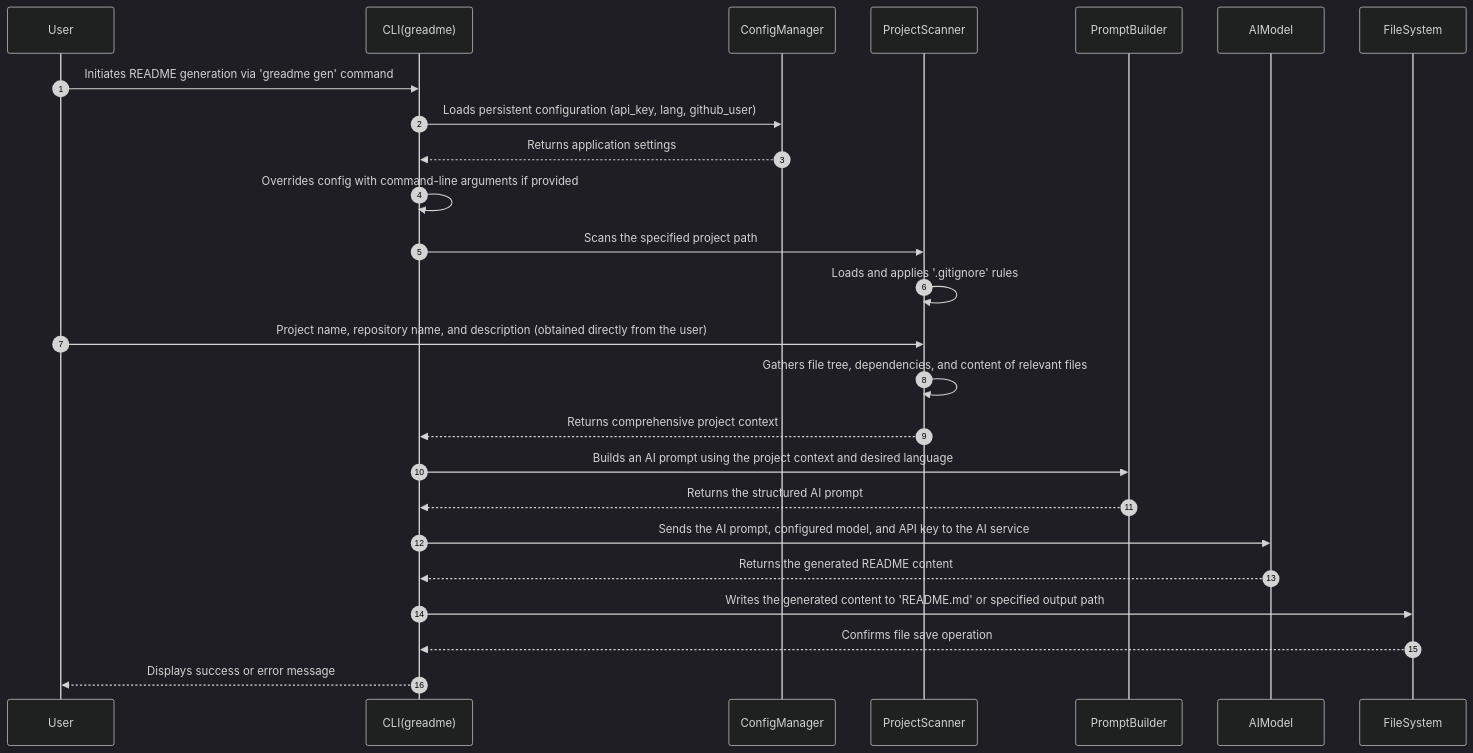
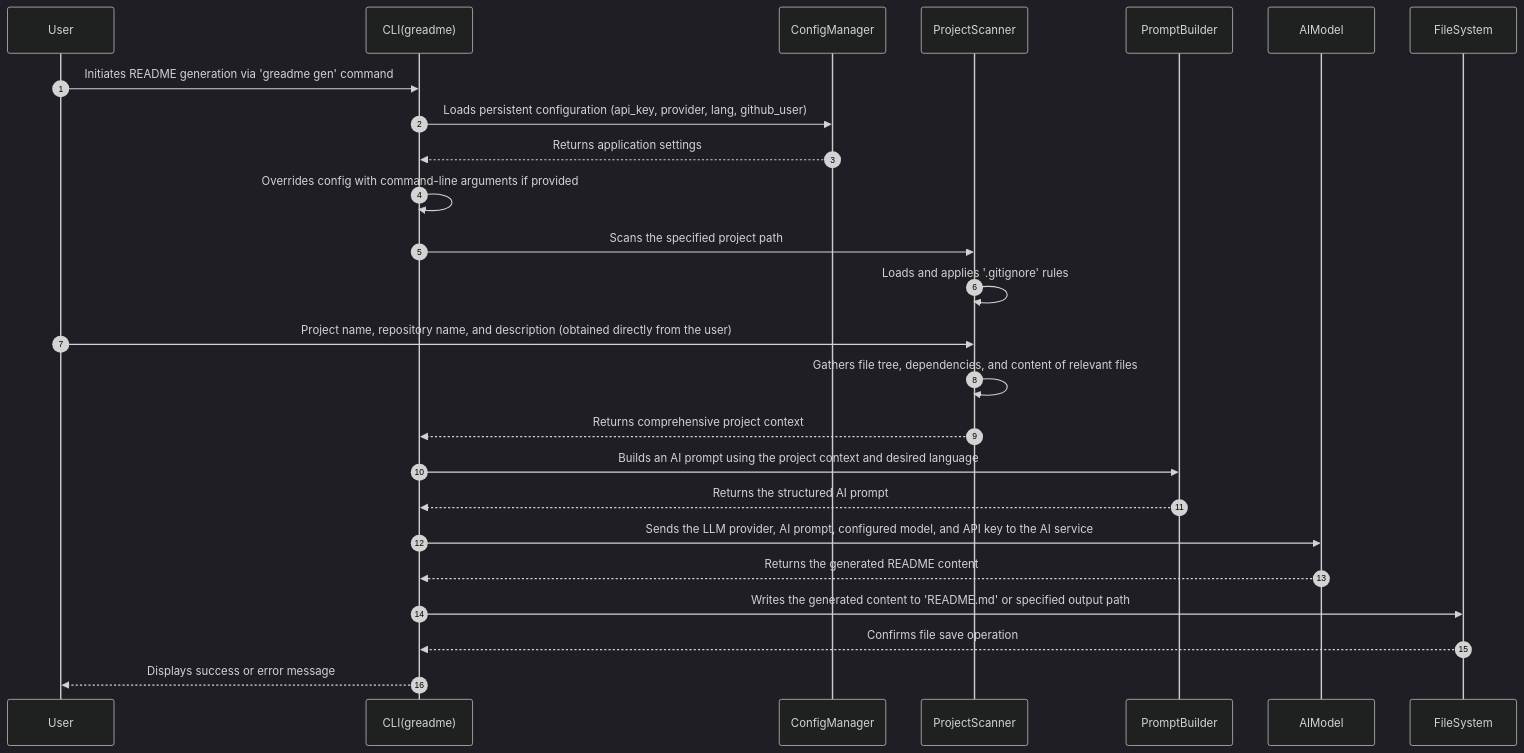
The diagram in README.md (vinifreitaspaulino/readme-generator), drawn with Mermaid (dark theme) before and after one commit. The commit also changed other lines of this file and 6 other files, not shown here.

````diff
--- a/README.md
+++ b/README.md
@@ -94,28 +106,28 @@
 ```mermaid
 sequenceDiagram
     autonumber
     participant User
     participant CLI(greadme)
     participant ConfigManager
     participant ProjectScanner
     participant PromptBuilder
     participant AIModel
     participant FileSystem
 
     User->>CLI(greadme): Initiates README generation via 'greadme gen' command
-    CLI(greadme)->>ConfigManager: Loads persistent configuration (api_key, lang, github_user)
+    CLI(greadme)->>ConfigManager: Loads persistent configuration (api_key, provider, lang, github_user)
     ConfigManager-->>CLI(greadme): Returns application settings
     CLI(greadme)->>CLI(greadme): Overrides config with command-line arguments if provided
     CLI(greadme)->>ProjectScanner: Scans the specified project path
     ProjectScanner->>ProjectScanner: Loads and applies '.gitignore' rules
     User->>ProjectScanner: Project name, repository name, and description (obtained directly from the user)
     ProjectScanner->>ProjectScanner: Gathers file tree, dependencies, and content of relevant files
     ProjectScanner-->>CLI(greadme): Returns comprehensive project context
     CLI(greadme)->>PromptBuilder: Builds an AI prompt using the project context and desired language
     PromptBuilder-->>CLI(greadme): Returns the structured AI prompt
-    CLI(greadme)->>AIModel: Sends the AI prompt, configured model, and API key to the AI service
+    CLI(greadme)->>AIModel: Sends the LLM provider, AI prompt, configured model, and API key to the AI service
     AIModel-->>CLI(greadme): Returns the generated README content
     CLI(greadme)->>FileSystem: Writes the generated content to 'README.md' or specified output path
     FileSystem-->>CLI(greadme): Confirms file save operation
     CLI(greadme)-->>User: Displays success or error message
 ```
````
